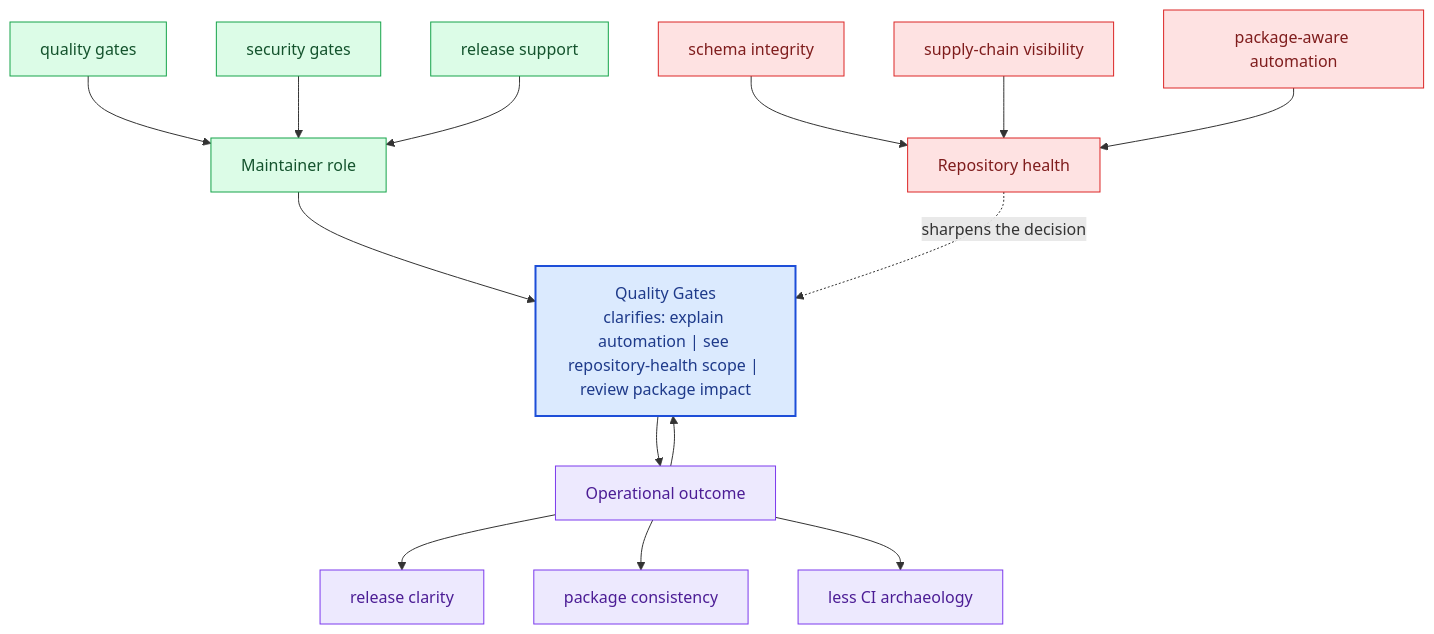
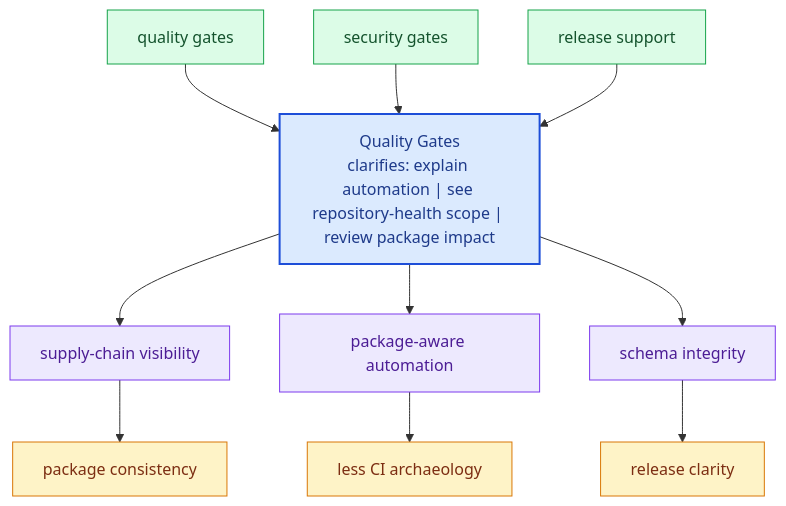
The diagram in docs/bijux-canon-dev/quality-gates.md (bijux/bijux-canon), drawn with Mermaid before and after one commit. The commit also changed other lines of this file and 281 other files, not shown here.

Commit message:
docs(diagrams): replace repeated mermaid scaffolds with page-specific summaries

````diff
--- a/docs/bijux-canon-dev/quality-gates.md
+++ b/docs/bijux-canon-dev/quality-gates.md
@@ -68,40 +23,31 @@
 ```mermaid
 flowchart TB
-    promise["Quality Gates<br/>clarifies: explain automation | see repository-health scope | review package impact"]
-    classDef promise fill:#dbeafe,stroke:#1d4ed8,color:#1e3a8a,stroke-width:2px;
-    classDef driver fill:#dcfce7,stroke:#16a34a,color:#14532d;
-    classDef constraint fill:#fee2e2,stroke:#dc2626,color:#7f1d1d;
-    classDef ground fill:#ede9fe,stroke:#7c3aed,color:#4c1d95;
-    focus1["Maintainer role"]
-    focus1 --> promise
-    focus1_1["quality gates"]
-    focus1_1 --> focus1
-    focus1_2["security gates"]
-    focus1_2 --> focus1
-    focus1_3["release support"]
-    focus1_3 --> focus1
-    class focus1 driver;
-    class focus1_1,focus1_2,focus1_3 driver;
-    focus2["Repository health"]
-    focus2 -.sharpens the decision.-> promise
-    focus2_1["schema integrity"]
-    focus2_1 --> focus2
-    focus2_2["supply-chain visibility"]
-    focus2_2 --> focus2
-    focus2_3["package-aware automation"]
-    focus2_3 --> focus2
-    class focus2 constraint;
-    class focus2_1,focus2_2,focus2_3 constraint;
-    focus3["Operational outcome"]
-    focus3 --> promise
-    promise --> focus3
-    focus3_1["release clarity"]
-    focus3 --> focus3_1
-    focus3_2["package consistency"]
-    focus3 --> focus3_2
-    focus3_3["less CI archaeology"]
-    focus3 --> focus3_3
-    class focus3 ground;
-    class focus3_1,focus3_2,focus3_3 ground;
-    class promise promise;
+    page["Quality Gates<br/>clarifies: explain automation | see repository-health scope | review package impact"]
+    classDef page fill:#dbeafe,stroke:#1d4ed8,color:#1e3a8a,stroke-width:2px;
+    classDef positive fill:#dcfce7,stroke:#16a34a,color:#14532d;
+    classDef caution fill:#fee2e2,stroke:#dc2626,color:#7f1d1d;
+    classDef anchor fill:#ede9fe,stroke:#7c3aed,color:#4c1d95;
+    classDef action fill:#fef3c7,stroke:#d97706,color:#7c2d12;
+    role1["quality gates"]
+    role1 --> page
+    role2["security gates"]
+    role2 --> page
+    role3["release support"]
+    role3 --> page
+    health1["supply-chain visibility"]
+    page --> health1
+    health2["package-aware automation"]
+    page --> health2
+    health3["schema integrity"]
+    page --> health3
+    outcome1["package consistency"]
+    health1 --> outcome1
+    outcome2["less CI archaeology"]
+    health2 --> outcome2
+    outcome3["release clarity"]
+    health3 --> outcome3
+    class page page;
+    class role1,role2,role3 positive;
+    class health1,health2,health3 anchor;
+    class outcome1,outcome2,outcome3 action;
 ```
````
